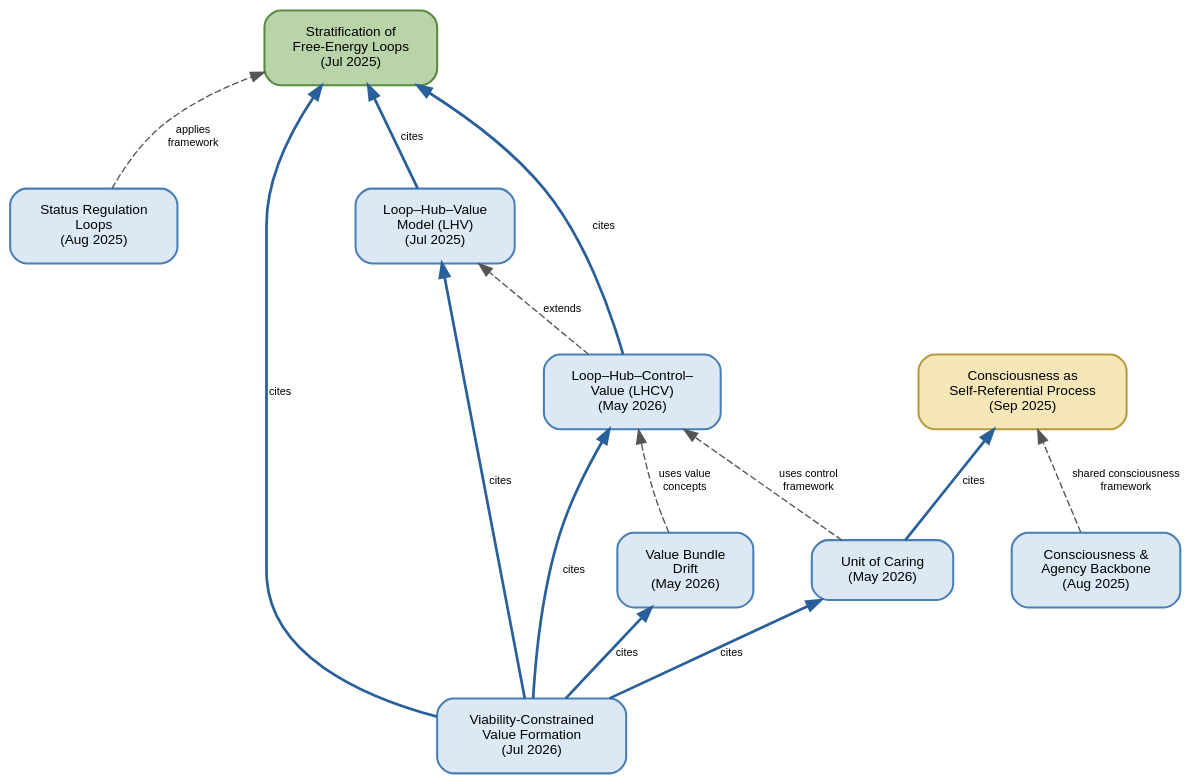
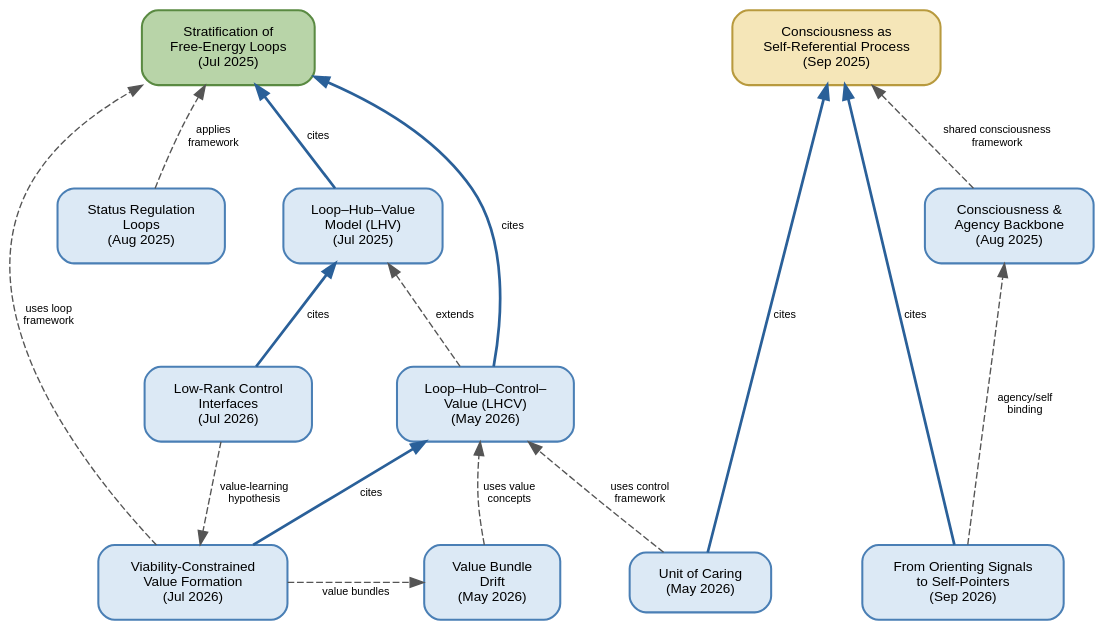
One commit to GunnarZarncke/brain-to-values changed the diagram in papers/paper-references.dot. Above: the diagram before and after it, drawn with Graphviz. The commit also changed 1 other file, not shown here.

Commit message:
Update paper dependency graph with self-pointers and low-rank control interfaces.
Add the latest papers to the cross-reference diagram and align citation edges with actual TeX references.

```diff
--- a/papers/paper-references.dot
+++ b/papers/paper-references.dot
@@ -1,47 +1,57 @@
 digraph paper_references {
     rankdir=BT;
     bgcolor="transparent";
     pad=0.4;
     nodesep=0.6;
     ranksep=0.8;
 
     node [
         shape=box, style="rounded,filled",
         fillcolor="#dce9f5", color="#4a7fb5",
         fontname="Helvetica", fontsize=10,
         margin="0.25,0.15", penwidth=1.5
     ];
     edge [fontname="Helvetica", fontsize=8, color="#555555"];
 
     // Foundational papers (bottom tier)
     FEL  [label="Stratification of\nFree-Energy Loops\n(Jul 2025)", fillcolor="#b8d4a8", color="#5a8a42"];
     CSR  [label="Consciousness as\nSelf-Referential Process\n(Sep 2025)", fillcolor="#f5e6b8", color="#b89a3e"];
 
     // Middle tier
     SRL  [label="Status Regulation\nLoops\n(Aug 2025)"];
     LHV  [label="Loop–Hub–Value\nModel (LHV)\n(Jul 2025)"];
     CAB  [label="Consciousness &\nAgency Backbone\n(Aug 2025)"];
 
+    // Upper-middle tier
+    LHCV [label="Loop–Hub–Control–\nValue (LHCV)\n(May 2026)"];
+    LRCI [label="Low-Rank Control\nInterfaces\n(Jul 2026)"];
+
     // Upper tier
-    LHCV [label="Loop–Hub–Control–\nValue (LHCV)\n(May 2026)"];
     VBD  [label="Value Bundle\nDrift\n(May 2026)"];
     UoC  [label="Unit of Caring\n(May 2026)"];
-    EVC  [label="Viability-Constrained\nValue Formation\n(Jul 2026)"];
+    VV   [label="Viability-Constrained\nValue Formation\n(Jul 2026)"];
+    SP   [label="From Orienting Signals\nto Self-Pointers\n(Sep 2026)"];
+
+    { rank=same; SRL; LHV; CAB; }
+    { rank=same; LHCV; LRCI; }
+    { rank=same; VBD; UoC; VV; SP; }
 
     // Explicit citations (solid)
     LHV  -> FEL  [label="cites", penwidth=2, color="#2a6099"];
     LHCV -> FEL  [label="cites", penwidth=2, color="#2a6099"];
     UoC  -> CSR  [label="cites", penwidth=2, color="#2a6099"];
-    EVC  -> FEL  [label="cites", penwidth=2, color="#2a6099"];
-    EVC  -> LHV  [label="cites", penwidth=2, color="#2a6099"];
-    EVC  -> LHCV [label="cites", penwidth=2, color="#2a6099"];
-    EVC  -> VBD  [label="cites", penwidth=2, color="#2a6099"];
-    EVC  -> UoC  [label="cites", penwidth=2, color="#2a6099"];
+    VV   -> LHCV [label="cites", penwidth=2, color="#2a6099"];
+    LRCI -> LHV  [label="cites", penwidth=2, color="#2a6099"];
+    SP   -> CSR  [label="cites", penwidth=2, color="#2a6099"];
 
     // Conceptual / extends (dashed)
     LHCV -> LHV  [style=dashed, label="extends"];
     SRL  -> FEL  [style=dashed, label="applies\nframework"];
     VBD  -> LHCV [style=dashed, label="uses value\nconcepts"];
     UoC  -> LHCV [style=dashed, label="uses control\nframework"];
     CAB  -> CSR  [style=dashed, label="shared consciousness\nframework"];
+    VV   -> FEL  [style=dashed, label="uses loop\nframework"];
+    VV   -> VBD  [style=dashed, label="value bundles"];
+    LRCI -> VV   [style=dashed, label="value-learning\nhypothesis"];
+    SP   -> CAB  [style=dashed, label="agency/self\nbinding"];
 }
```
